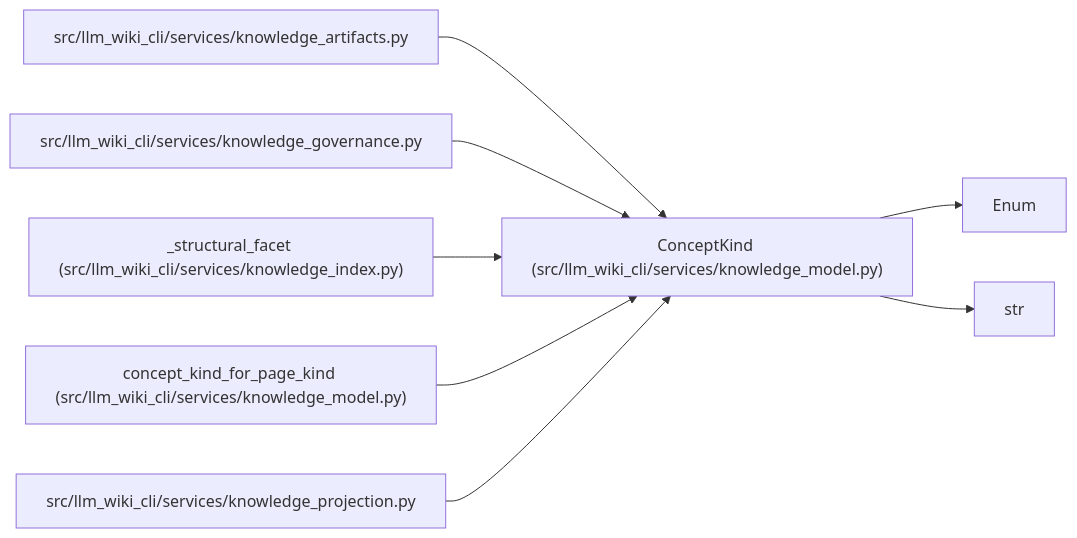
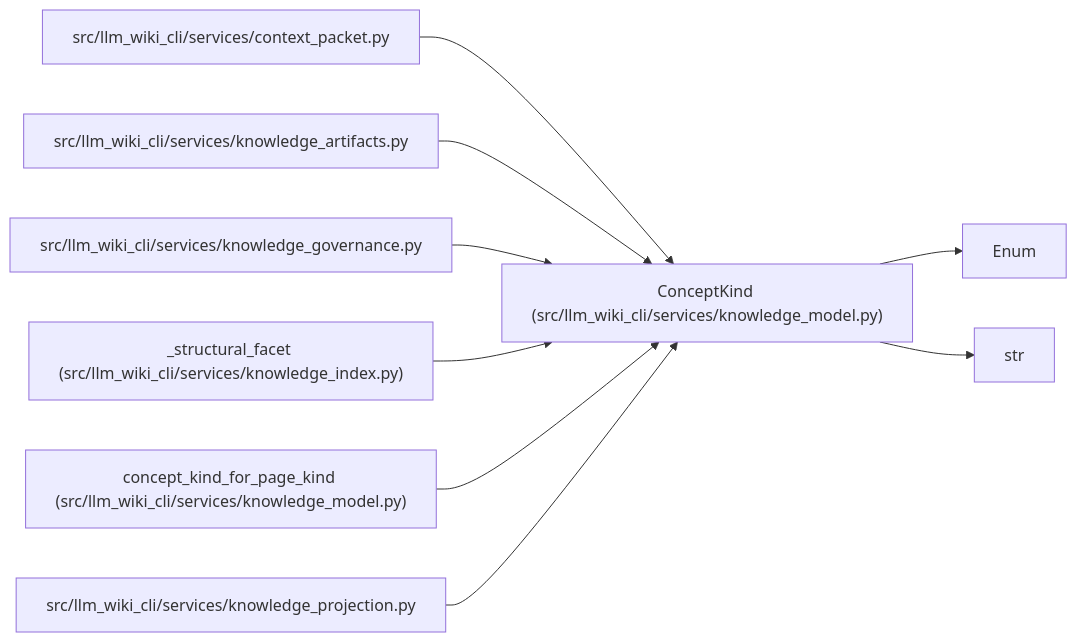
Before and after one commit to Denissvgn/python-wiki-llm: the diagram in docs/llm_wiki/entities/ConceptKind.md, drawn with Mermaid. The commit also changed other lines of this file and 364 other files, not shown here.

````diff
--- a/docs/llm_wiki/entities/ConceptKind.md
+++ b/docs/llm_wiki/entities/ConceptKind.md
@@ -36,24 +36,27 @@
 ```mermaid
 flowchart LR
     n0["ConceptKind (src/llm_wiki_cli/services/knowledge_model.py)"]
     n1["Enum"]
     n2["str"]
-    n3["src/llm_wiki_cli/services/knowledge_artifacts.py"]
-    n4["src/llm_wiki_cli/services/knowledge_governance.py"]
-    n5["_structural_facet (src/llm_wiki_cli/services/knowledge_index.py)"]
-    n6["concept_kind_for_page_kind (src/llm_wiki_cli/services/knowledge_model.py)"]
-    n7["src/llm_wiki_cli/services/knowledge_projection.py"]
+    n3["src/llm_wiki_cli/services/context_packet.py"]
+    n4["src/llm_wiki_cli/services/knowledge_artifacts.py"]
+    n5["src/llm_wiki_cli/services/knowledge_governance.py"]
+    n6["_structural_facet (src/llm_wiki_cli/services/knowledge_index.py)"]
+    n7["concept_kind_for_page_kind (src/llm_wiki_cli/services/knowledge_model.py)"]
+    n8["src/llm_wiki_cli/services/knowledge_projection.py"]
     n0 --> n1
     n0 --> n2
     n3 --> n0
     n4 --> n0
     n5 --> n0
     n6 --> n0
     n7 --> n0
+    n8 --> n0
     click n0 "../modules/knowledge_model.md"
-    click n3 "../modules/knowledge_artifacts.md"
-    click n4 "../modules/knowledge_governance.md"
-    click n5 "../modules/knowledge_index.md"
-    click n6 "../modules/knowledge_model.md"
-    click n7 "../modules/knowledge_projection.md"
+    click n3 "../modules/context_packet.md"
+    click n4 "../modules/knowledge_artifacts.md"
+    click n5 "../modules/knowledge_governance.md"
+    click n6 "../modules/knowledge_index.md"
+    click n7 "../modules/knowledge_model.md"
+    click n8 "../modules/knowledge_projection.md"
 ```
````
